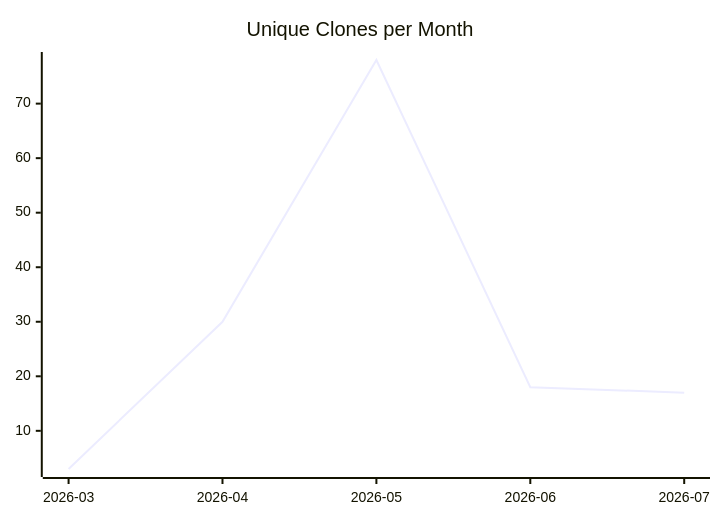
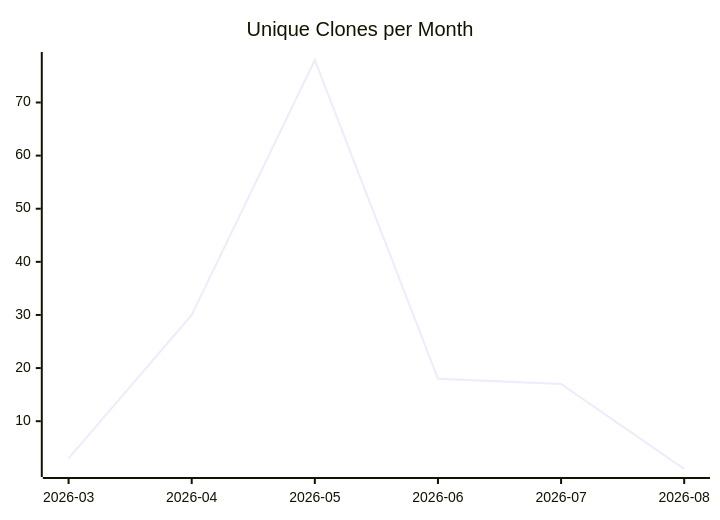
Before and after one commit to justdavis-family/github-analytics-data: the third of 3 diagrams in karlmdavis/justdavis-ansible/README.md, drawn with Mermaid. The commit also changed other lines of this file and 180 other files, not shown here.

````diff
--- a/karlmdavis/justdavis-ansible/README.md
+++ b/karlmdavis/justdavis-ansible/README.md
@@ -19,6 +19,6 @@
 ```mermaid
 xychart-beta
   title "Unique Clones per Month"
-  x-axis ["2026-03", "2026-04", "2026-05", "2026-06", "2026-07"]
-  line [3, 30, 78, 18, 17]
+  x-axis ["2026-03", "2026-04", "2026-05", "2026-06", "2026-07", "2026-08"]
+  line [3, 30, 78, 18, 17, 1]
 ```
````
